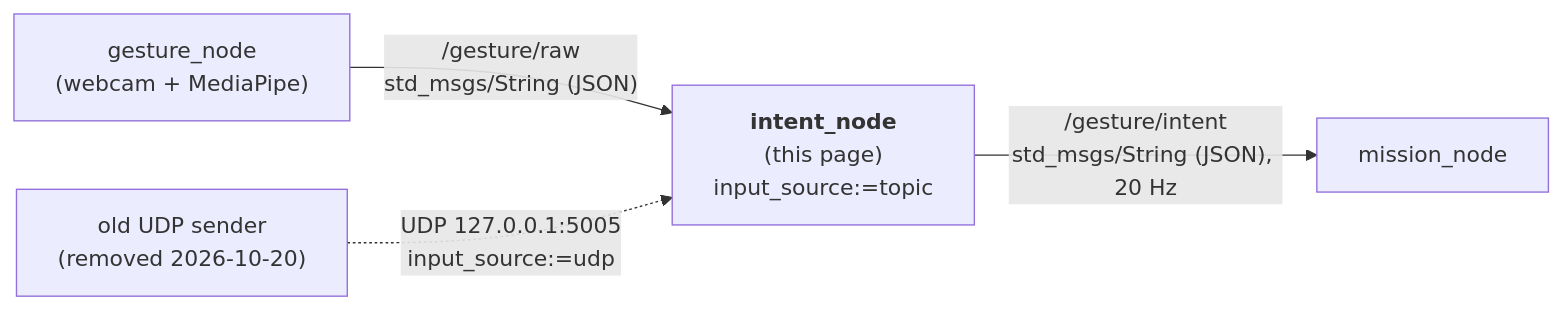
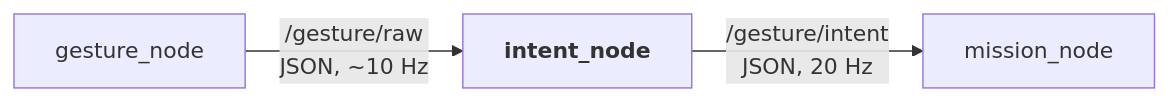
Before and after one commit to SEAME-pt/SEA-ME_Team1_ROSRangers: the diagram in docs/PraticalPlan/06 Gestures/03 Intent Node.md, drawn with Mermaid. The commit also changed other lines of this file and 11 other files, not shown here.

````diff
--- a/docs/PraticalPlan/06 Gestures/03 Intent Node.md
+++ b/docs/PraticalPlan/06 Gestures/03 Intent Node.md
@@ -33,6 +24,5 @@
 ```mermaid
 flowchart LR
-  R["gesture_node<br/>(webcam + MediaPipe)"] -->|"/gesture/raw<br/>std_msgs/String (JSON)"| G["<b>intent_node</b><br/>(this page)<br/>input_source:=topic"]
-  U["old UDP sender<br/>(removed 2026-10-20)"] -.->|"UDP 127.0.0.1:5005<br/>input_source:=udp"| G
-  G -->|"/gesture/intent<br/>std_msgs/String (JSON), 20 Hz"| M["mission_node"]
+  R["gesture_node"] -->|"/gesture/raw<br/>JSON, ~10 Hz"| G["<b>intent_node</b>"]
+  G -->|"/gesture/intent<br/>JSON, 20 Hz"| M["mission_node"]
 ```
````
